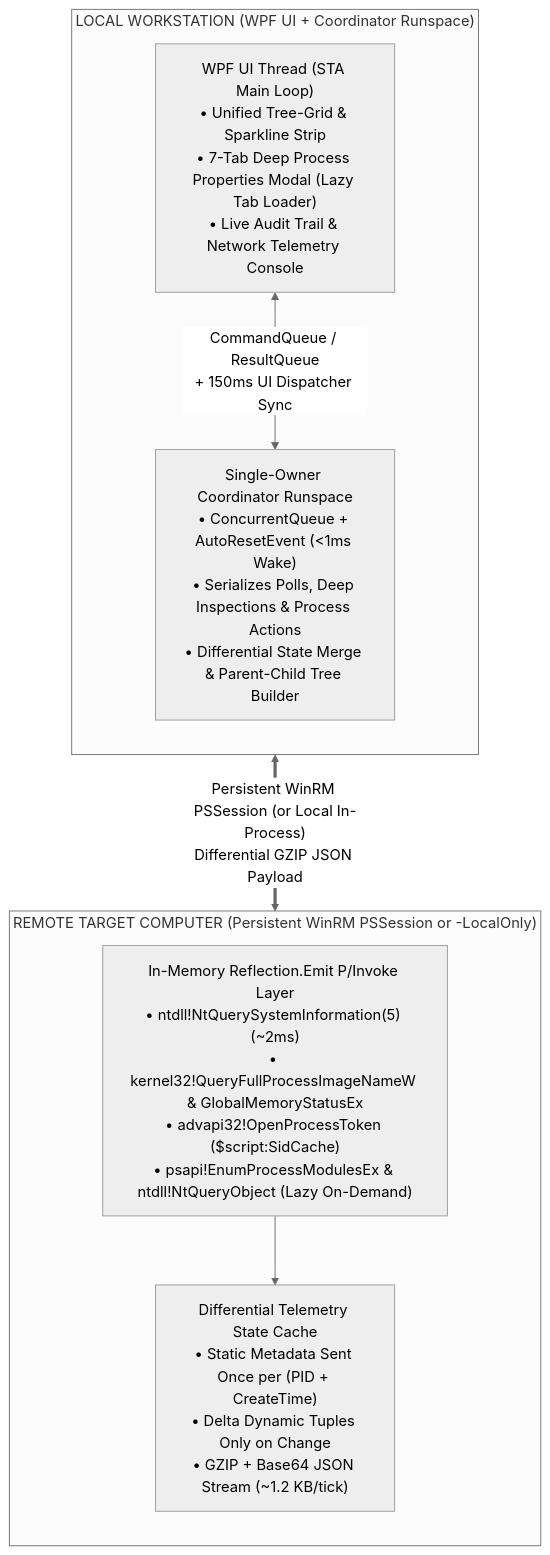
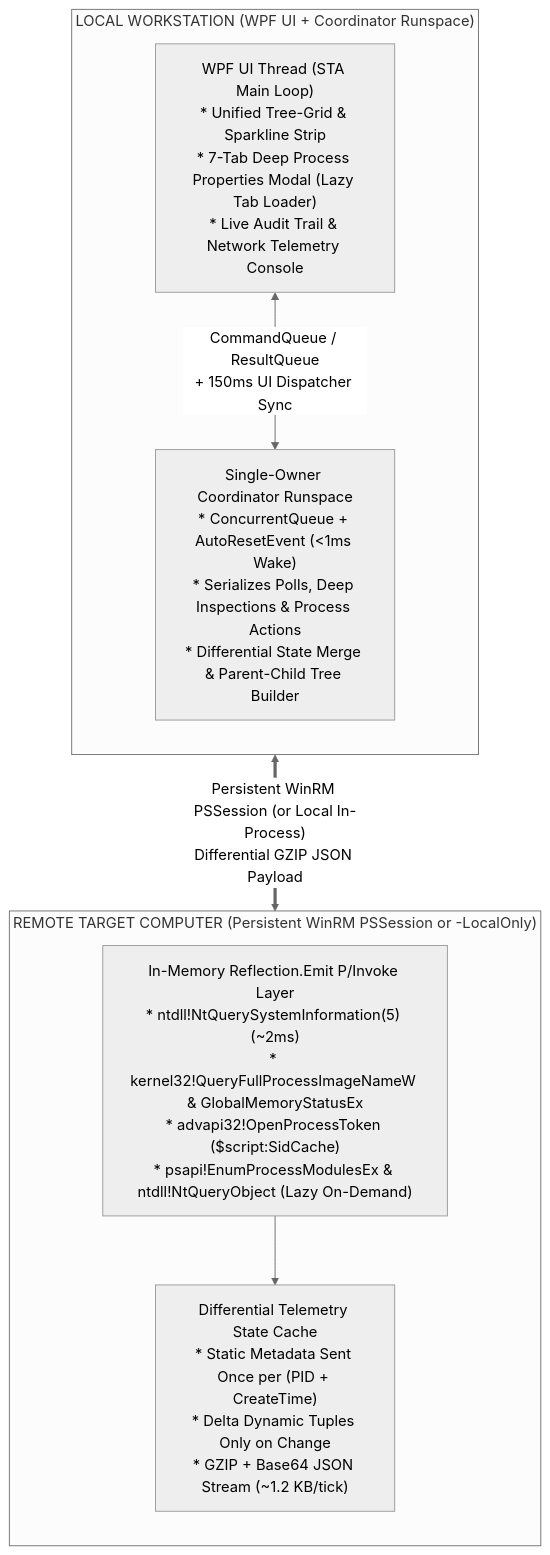
One commit to exh555/PSRPM changed the diagram in README.md. Above: the diagram before and after it, drawn with Mermaid (neutral theme). The commit also changed other lines of this file and 22 other files, not shown here.

Commit message:
chore(release): v1.5.0 - Process Explorer Full Command Line Hover Tooltips & Responsive UX

````diff
--- a/README.md
+++ b/README.md
@@ -70,18 +70,18 @@
 ```mermaid
 flowchart TB
     subgraph Host["LOCAL WORKSTATION (WPF UI + Coordinator Runspace)"]
         direction TB
-        UI["WPF UI Thread (STA Main Loop)<br/>• Unified Tree-Grid & Sparkline Strip<br/>• 7-Tab Deep Process Properties Modal (Lazy Tab Loader)<br/>• Live Audit Trail & Network Telemetry Console"]
-        Bus["Single-Owner Coordinator Runspace<br/>• ConcurrentQueue + AutoResetEvent (<1ms Wake)<br/>• Serializes Polls, Deep Inspections & Process Actions<br/>• Differential State Merge & Parent-Child Tree Builder"]
+        UI["WPF UI Thread (STA Main Loop)<br/>* Unified Tree-Grid & Sparkline Strip<br/>* 7-Tab Deep Process Properties Modal (Lazy Tab Loader)<br/>* Live Audit Trail & Network Telemetry Console"]
+        Bus["Single-Owner Coordinator Runspace<br/>* ConcurrentQueue + AutoResetEvent (<1ms Wake)<br/>* Serializes Polls, Deep Inspections & Process Actions<br/>* Differential State Merge & Parent-Child Tree Builder"]
         UI <-->|"CommandQueue / ResultQueue<br/>+ 150ms UI Dispatcher Sync"| Bus
     end
 
     subgraph Target["REMOTE TARGET COMPUTER (Persistent WinRM PSSession or -LocalOnly)"]
         direction TB
-        Native["In-Memory Reflection.Emit P/Invoke Layer<br/>• ntdll!NtQuerySystemInformation(5) (~2ms)<br/>• kernel32!QueryFullProcessImageNameW & GlobalMemoryStatusEx<br/>• advapi32!OpenProcessToken ($script:SidCache)<br/>• psapi!EnumProcessModulesEx & ntdll!NtQueryObject (Lazy On-Demand)"]
-        Diff["Differential Telemetry State Cache<br/>• Static Metadata Sent Once per (PID + CreateTime)<br/>• Delta Dynamic Tuples Only on Change<br/>• GZIP + Base64 JSON Stream (~1.2 KB/tick)"]
+        Native["In-Memory Reflection.Emit P/Invoke Layer<br/>* ntdll!NtQuerySystemInformation(5) (~2ms)<br/>* kernel32!QueryFullProcessImageNameW & GlobalMemoryStatusEx<br/>* advapi32!OpenProcessToken ($script:SidCache)<br/>* psapi!EnumProcessModulesEx & ntdll!NtQueryObject (Lazy On-Demand)"]
+        Diff["Differential Telemetry State Cache<br/>* Static Metadata Sent Once per (PID + CreateTime)<br/>* Delta Dynamic Tuples Only on Change<br/>* GZIP + Base64 JSON Stream (~1.2 KB/tick)"]
         Native --> Diff
     end
 
     Bus <==>|"Persistent WinRM PSSession (or Local In-Process)<br/>Differential GZIP JSON Payload"| Target
 ```
````
